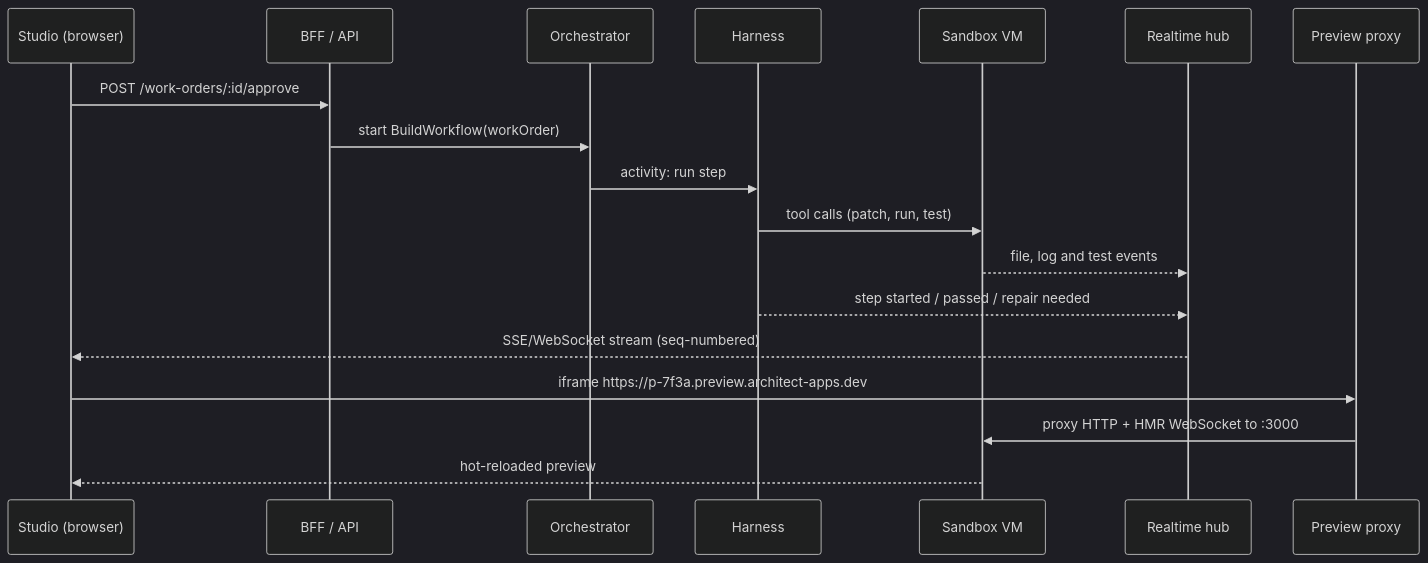
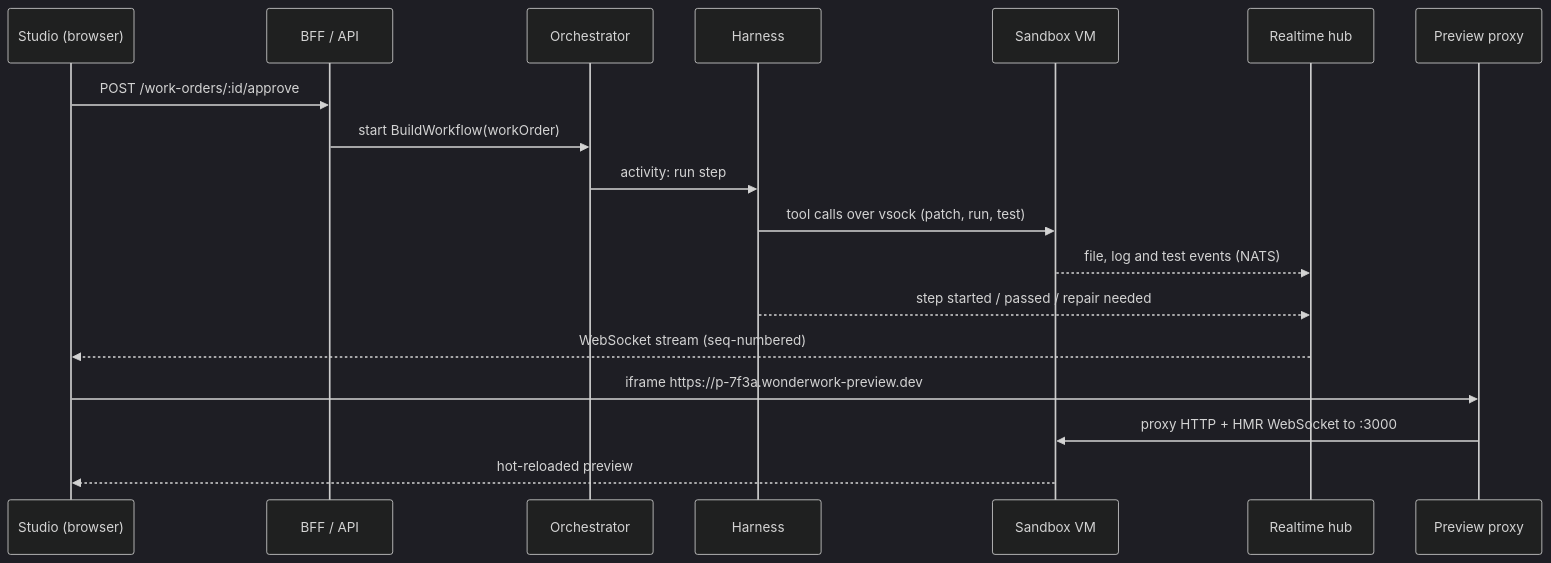
Before and after one commit to aryansaharan/architect-2: the second of 3 diagrams in ARCHITECTURE.md, drawn with Mermaid (dark theme). The commit also changed other lines of this file and 2 other files, not shown here.

First line of the commit message:
Architecture: prompt-to-production walkthrough, full diagram wiring, protocols, platform ops

````diff
--- a/ARCHITECTURE.md
+++ b/ARCHITECTURE.md
@@ -142,20 +287,20 @@
 ```mermaid
 sequenceDiagram
   participant U as Studio (browser)
   participant B as BFF / API
   participant O as Orchestrator
   participant H as Harness
   participant S as Sandbox VM
   participant R as Realtime hub
   participant P as Preview proxy
   U->>B: POST /work-orders/:id/approve
   B->>O: start BuildWorkflow(workOrder)
   O->>H: activity: run step
-  H->>S: tool calls (patch, run, test)
-  S-->>R: file, log and test events
+  H->>S: tool calls over vsock (patch, run, test)
+  S-->>R: file, log and test events (NATS)
   H-->>R: step started / passed / repair needed
-  R-->>U: SSE/WebSocket stream (seq-numbered)
-  U->>P: iframe https://p-7f3a.preview.architect-apps.dev
+  R-->>U: WebSocket stream (seq-numbered)
+  U->>P: iframe https://p-7f3a.wonderwork-preview.dev
   P->>S: proxy HTTP + HMR WebSocket to :3000
   S-->>U: hot-reloaded preview
 ```
````
